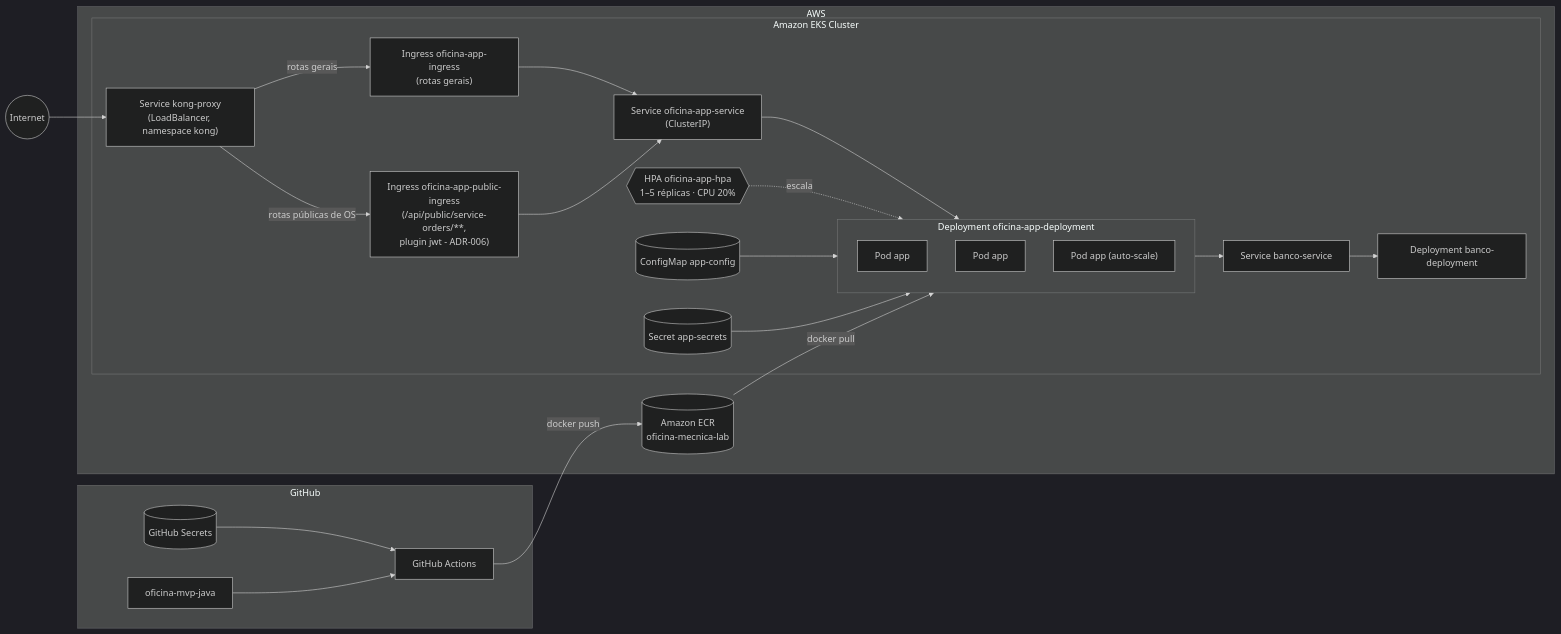
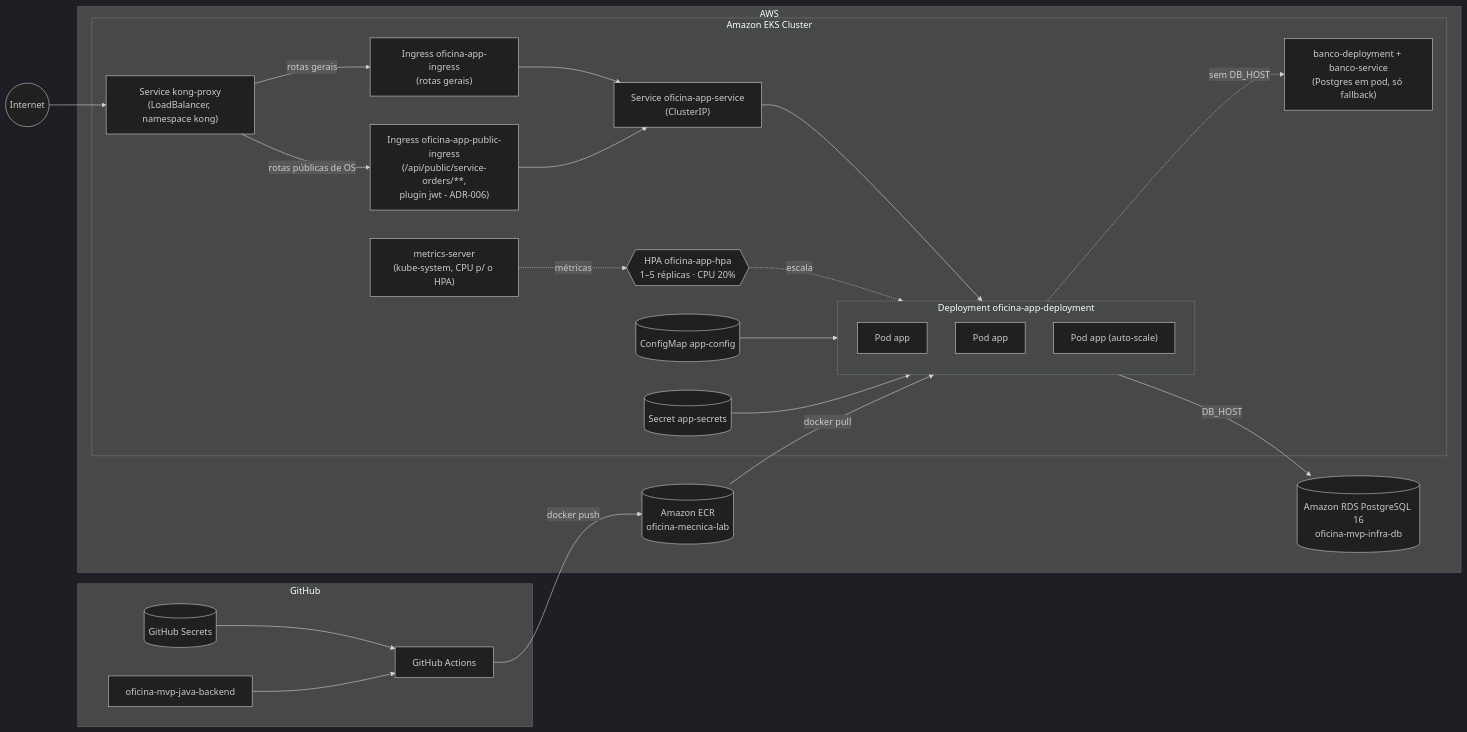
Before and after one commit to lukebria/oficina-mvp-java-backend: the second of 2 diagrams in README.md, drawn with Mermaid (dark theme). The commit also changed other lines of this file and 4 other files, not shown here.

````diff
--- a/README.md
+++ b/README.md
@@ -173,43 +208,46 @@
 ```mermaid
 flowchart LR
     subgraph GH["GitHub"]
-        REPO["oficina-mvp-java"]
+        REPO["oficina-mvp-java-backend"]
         GHA["GitHub Actions"]
         SECRETS[("GitHub Secrets")]
     end
 
     subgraph AWS["AWS"]
         ECR[("Amazon ECR<br/>oficina-mecnica-lab")]
         subgraph EKS["Amazon EKS Cluster"]
             KONGLB["Service kong-proxy<br/>(LoadBalancer, namespace kong)"]
             ING["Ingress oficina-app-ingress<br/>(rotas gerais)"]
             ING_PUB["Ingress oficina-app-public-ingress<br/>(/api/public/service-orders/**,<br/>plugin jwt - ADR-006)"]
             SVC["Service oficina-app-service<br/>(ClusterIP)"]
             HPA{{"HPA oficina-app-hpa<br/>1–5 réplicas · CPU 20%"}}
             subgraph Pods["Deployment oficina-app-deployment"]
                 POD1["Pod app"]
                 POD2["Pod app"]
                 PODN["Pod app (auto-scale)"]
             end
             CM[("ConfigMap app-config")]
             SEC2[("Secret app-secrets")]
-            DBDEP["Deployment banco-deployment"]
-            DBSVC["Service banco-service"]
+            MS["metrics-server<br/>(kube-system, CPU p/ o HPA)"]
+            DBDEP["banco-deployment + banco-service<br/>(Postgres em pod, só fallback)"]
         end
+        RDS[("Amazon RDS PostgreSQL 16<br/>oficina-mvp-infra-db")]
     end
 
     INTERNET(("Internet")) --> KONGLB
     KONGLB -->|"rotas gerais"| ING
     KONGLB -->|"rotas públicas de OS"| ING_PUB
     ING --> SVC
     ING_PUB --> SVC
     SVC --> Pods
     HPA -. escala .-> Pods
     CM --> Pods
     SEC2 --> Pods
-    Pods --> DBSVC --> DBDEP
+    Pods -->|"DB_HOST"| RDS
+    Pods -.->|"sem DB_HOST"| DBDEP
+    MS -. métricas .-> HPA
     GHA -->|"docker push"| ECR
     ECR -->|"docker pull"| Pods
     SECRETS --> GHA
     REPO --> GHA
 ```
````
